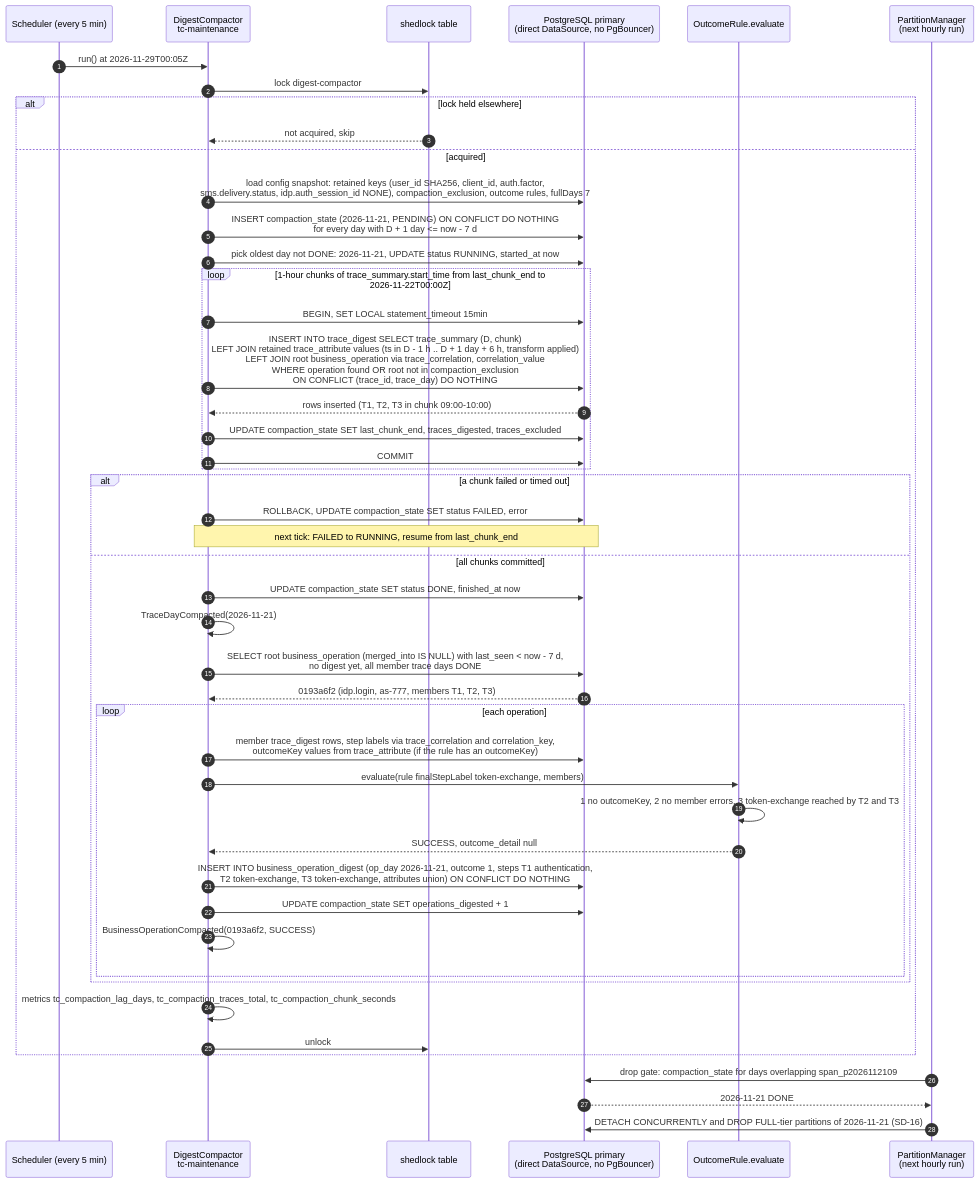
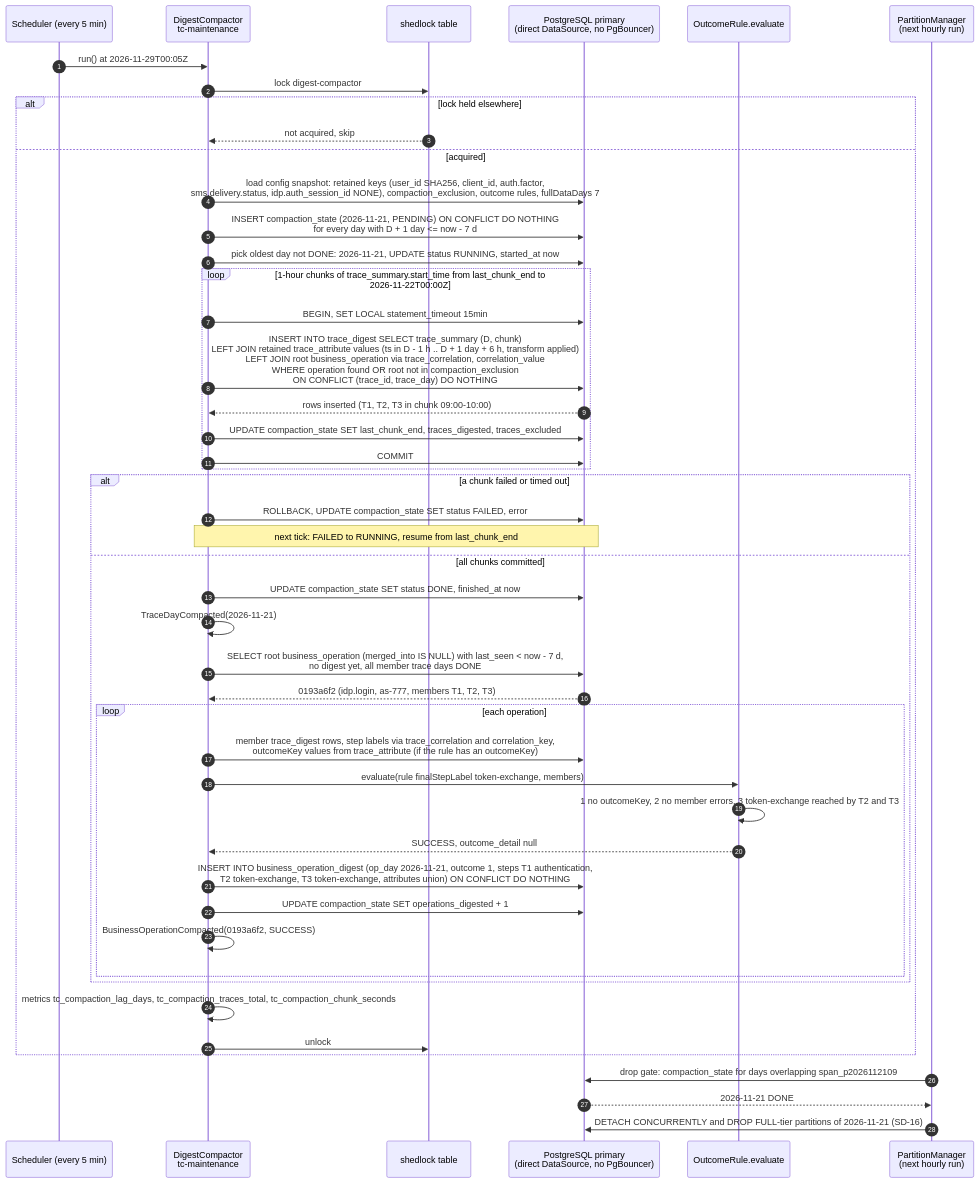
One commit to aasmc/tracing-system changed diagram 22 of 24 in agent/07-sequence-diagrams.md. Above: the diagram before and after it, drawn with Mermaid. The commit also changed other lines of this file and 35 other files, not shown here.

````diff
--- a/agent/07-sequence-diagrams.md
+++ b/agent/07-sequence-diagrams.md
@@ -1083,50 +1083,50 @@
 ```mermaid
 sequenceDiagram
     autonumber
     participant SCH as Scheduler (every 5 min)
     participant DC as DigestCompactor<br/>tc-maintenance
     participant SL as shedlock table
     participant PG as PostgreSQL primary<br/>(direct DataSource, no PgBouncer)
     participant OR as OutcomeRule.evaluate
     participant PM as PartitionManager<br/>(next hourly run)
 
     SCH->>DC: run() at 2026-11-29T00:05Z
     DC->>SL: lock digest-compactor
     alt lock held elsewhere
         SL-->>DC: not acquired, skip
     else acquired
-        DC->>PG: load config snapshot: retained keys (user_id SHA256, client_id, auth.factor,<br/>sms.delivery.status, idp.auth_session_id NONE), compaction_exclusion, outcome rules, fullDays 7
+        DC->>PG: load config snapshot: retained keys (user_id SHA256, client_id, auth.factor,<br/>sms.delivery.status, idp.auth_session_id NONE), compaction_exclusion, outcome rules, fullDataDays 7
         DC->>PG: INSERT compaction_state (2026-11-21, PENDING) ON CONFLICT DO NOTHING<br/>for every day with D + 1 day <= now - 7 d
         DC->>PG: pick oldest day not DONE: 2026-11-21, UPDATE status RUNNING, started_at now
         loop 1-hour chunks of trace_summary.start_time from last_chunk_end to 2026-11-22T00:00Z
             DC->>PG: BEGIN, SET LOCAL statement_timeout 15min
             DC->>PG: INSERT INTO trace_digest SELECT trace_summary (D, chunk)<br/>LEFT JOIN retained trace_attribute values (ts in D - 1 h .. D + 1 day + 6 h, transform applied)<br/>LEFT JOIN root business_operation via trace_correlation, correlation_value<br/>WHERE operation found OR root not in compaction_exclusion<br/>ON CONFLICT (trace_id, trace_day) DO NOTHING
             PG-->>DC: rows inserted (T1, T2, T3 in chunk 09:00-10:00)
             DC->>PG: UPDATE compaction_state SET last_chunk_end, traces_digested, traces_excluded
             DC->>PG: COMMIT
         end
         alt a chunk failed or timed out
             DC->>PG: ROLLBACK, UPDATE compaction_state SET status FAILED, error
             Note over DC,PG: next tick: FAILED to RUNNING, resume from last_chunk_end
         else all chunks committed
             DC->>PG: UPDATE compaction_state SET status DONE, finished_at now
             DC->>DC: TraceDayCompacted(2026-11-21)
             DC->>PG: SELECT root business_operation (merged_into IS NULL) with last_seen < now - 7 d,<br/>no digest yet, all member trace days DONE
             PG-->>DC: 0193a6f2 (idp.login, as-777, members T1, T2, T3)
             loop each operation
                 DC->>PG: member trace_digest rows, step labels via trace_correlation and correlation_key,<br/>outcomeKey values from trace_attribute (if the rule has an outcomeKey)
                 DC->>OR: evaluate(rule finalStepLabel token-exchange, members)
                 OR->>OR: 1 no outcomeKey, 2 no member errors, 3 token-exchange reached by T2 and T3
                 OR-->>DC: SUCCESS, outcome_detail null
                 DC->>PG: INSERT INTO business_operation_digest (op_day 2026-11-21, outcome 1, steps T1 authentication,<br/>T2 token-exchange, T3 token-exchange, attributes union) ON CONFLICT DO NOTHING
                 DC->>PG: UPDATE compaction_state SET operations_digested + 1
                 DC->>DC: BusinessOperationCompacted(0193a6f2, SUCCESS)
             end
         end
         DC->>DC: metrics tc_compaction_lag_days, tc_compaction_traces_total, tc_compaction_chunk_seconds
         DC->>SL: unlock
     end
     PM->>PG: drop gate: compaction_state for days overlapping span_p2026112109
     PG-->>PM: 2026-11-21 DONE
     PM->>PG: DETACH CONCURRENTLY and DROP FULL-tier partitions of 2026-11-21 (SD-16)
 ```
````
